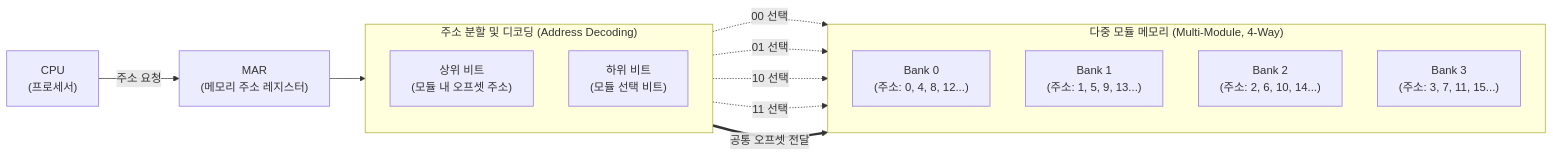
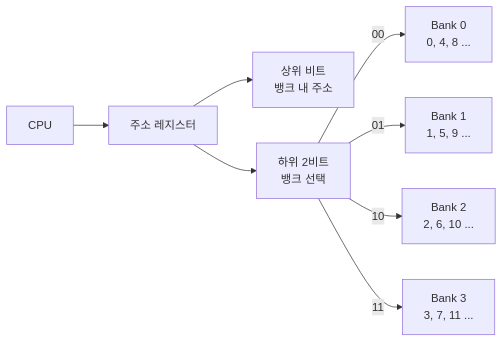
Before and after one commit to supremethumb/supremethumb.github.io: the diagram in content/01_IT Tech/메모리 인터리빙.md, drawn with Mermaid. The commit also changed other lines of this file and 1087 other files, not shown here.

````diff
--- a/content/01_IT Tech/메모리 인터리빙.md
+++ b/content/01_IT Tech/메모리 인터리빙.md
@@ -32,30 +33,10 @@
 ```mermaid
 flowchart LR
-    CPU["CPU<br/>(프로세서)"]
-    MAR["MAR<br/>(메모리 주소 레지스터)"]
-
-    subgraph Address_Decoder["주소 분할 및 디코딩 (Address Decoding)"]
-        direction TB
-        High["상위 비트<br/>(모듈 내 오프셋 주소)"]
-        Low["하위 비트<br/>(모듈 선택 비트)"]
-    end
-
-    subgraph Memory_Banks["다중 모듈 메모리 (Multi-Module, 4-Way)"]
-        direction TB
-        B0["Bank 0<br/>(주소: 0, 4, 8, 12...)"]
-        B1["Bank 1<br/>(주소: 1, 5, 9, 13...)"]
-        B2["Bank 2<br/>(주소: 2, 6, 10, 14...)"]
-        B3["Bank 3<br/>(주소: 3, 7, 11, 15...)"]
-    end
-
-    CPU -->|주소 요청| MAR
-    MAR --> Address_Decoder
-    
-    High ==>|공통 오프셋 전달| Memory_Banks
-    
-    Low -. "00 선택" .-> B0
-    Low -. "01 선택" .-> B1
-    Low -. "10 선택" .-> B2
-    Low -. "11 선택" .-> B3
-
+    CPU["CPU"] --> MAR["주소 레지스터"]
+    MAR --> HI["상위 비트<br/>뱅크 내 주소"]
+    MAR --> LO["하위 2비트<br/>뱅크 선택"]
+    LO -- "00" --> B0["Bank 0<br/>0, 4, 8 ..."]
+    LO -- "01" --> B1["Bank 1<br/>1, 5, 9 ..."]
+    LO -- "10" --> B2["Bank 2<br/>2, 6, 10 ..."]
+    LO -- "11" --> B3["Bank 3<br/>3, 7, 11 ..."]
 ```
````
